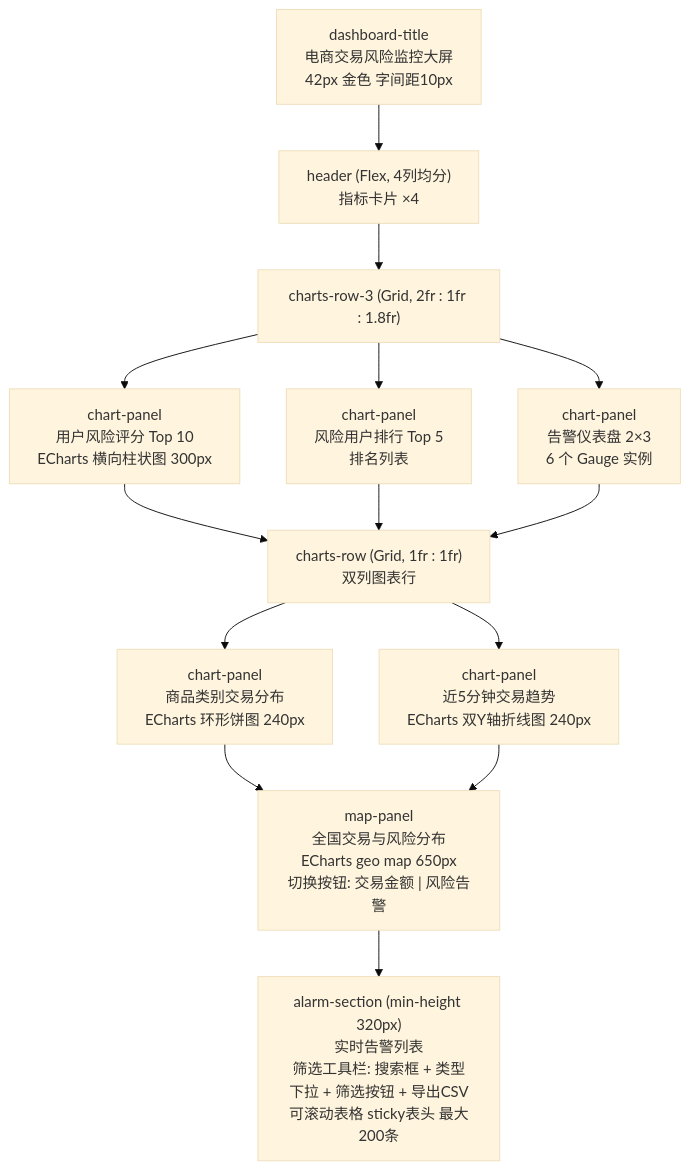
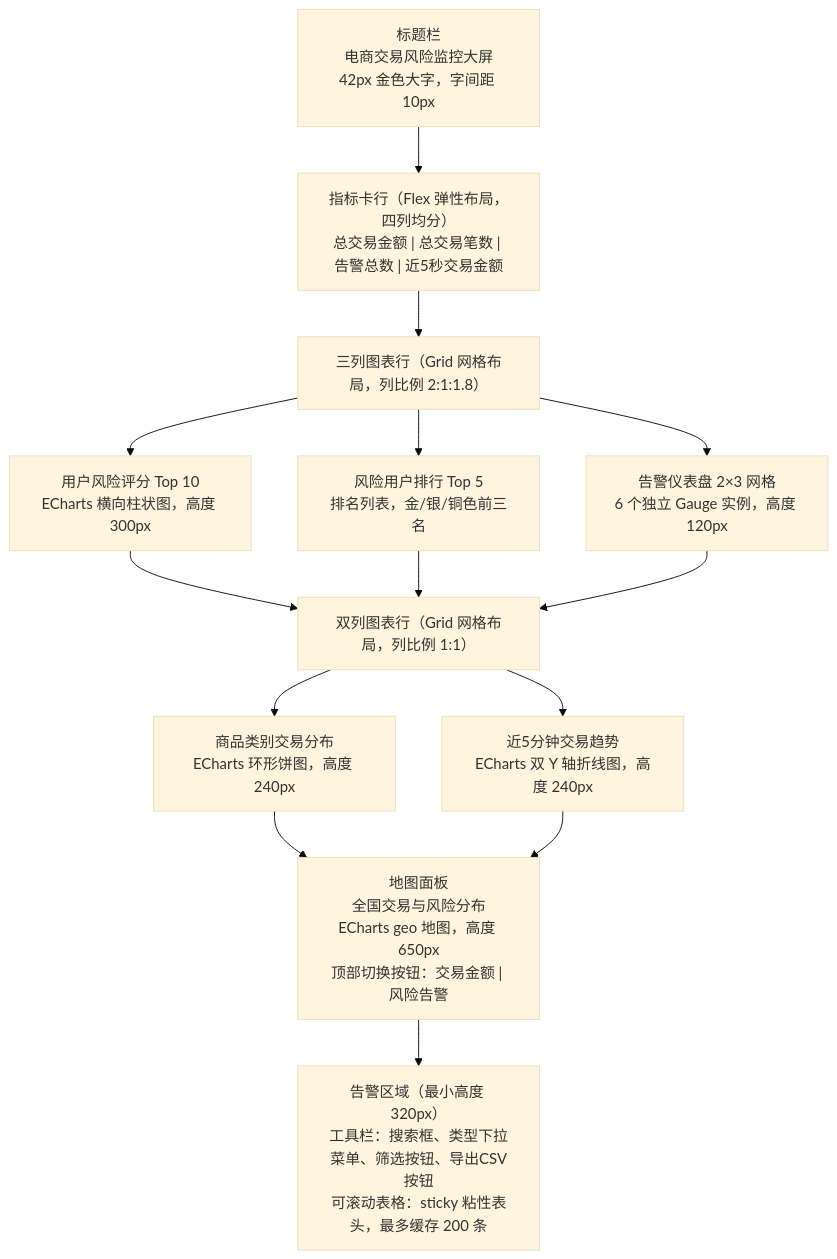
The fourth of 4 diagrams in 技术文档.md (Z-1220/pyflink-fraud-detection-lab), drawn with Mermaid (base theme) before and after one commit. The commit also changed other lines of this file, not shown here.

First line of the commit message:
文档规范化：禁止代码块、禁止不规范箭头、图表补充说明文字

````diff
--- a/技术文档.md
+++ b/技术文档.md
@@ -733,21 +608,21 @@
 ```mermaid
 graph TD
-    A["dashboard-title<br/>电商交易风险监控大屏<br/>42px 金色 字间距10px"] --> B
-    B["header (Flex, 4列均分)<br/>指标卡片 ×4"]
+    A["标题栏<br/>电商交易风险监控大屏<br/>42px 金色大字，字间距 10px"] --> B
+    B["指标卡行（Flex 弹性布局，四列均分）<br/>总交易金额 | 总交易笔数 | 告警总数 | 近5秒交易金额"]
     B --> C
-    C["charts-row-3 (Grid, 2fr : 1fr : 1.8fr)"]
-    C --> C1["chart-panel<br/>用户风险评分 Top 10<br/>ECharts 横向柱状图 300px"]
-    C --> C2["chart-panel<br/>风险用户排行 Top 5<br/>排名列表"]
-    C --> C3["chart-panel<br/>告警仪表盘 2×3<br/>6 个 Gauge 实例"]
+    C["三列图表行（Grid 网格布局，列比例 2:1:1.8）"]
+    C --> C1["用户风险评分 Top 10<br/>ECharts 横向柱状图，高度 300px"]
+    C --> C2["风险用户排行 Top 5<br/>排名列表，金/银/铜色前三名"]
+    C --> C3["告警仪表盘 2×3 网格<br/>6 个独立 Gauge 实例，高度 120px"]
     C1 --> D
     C2 --> D
     C3 --> D
-    D["charts-row (Grid, 1fr : 1fr)<br/>双列图表行"]
-    D --> D1["chart-panel<br/>商品类别交易分布<br/>ECharts 环形饼图 240px"]
-    D --> D2["chart-panel<br/>近5分钟交易趋势<br/>ECharts 双Y轴折线图 240px"]
+    D["双列图表行（Grid 网格布局，列比例 1:1）"]
+    D --> D1["商品类别交易分布<br/>ECharts 环形饼图，高度 240px"]
+    D --> D2["近5分钟交易趋势<br/>ECharts 双 Y 轴折线图，高度 240px"]
     D1 --> E
     D2 --> E
-    E["map-panel<br/>全国交易与风险分布<br/>ECharts geo map 650px<br/>切换按钮: 交易金额 | 风险告警"]
+    E["地图面板<br/>全国交易与风险分布<br/>ECharts geo 地图，高度 650px<br/>顶部切换按钮：交易金额 | 风险告警"]
     E --> F
-    F["alarm-section (min-height 320px)<br/>实时告警列表<br/>筛选工具栏: 搜索框 + 类型下拉 + 筛选按钮 + 导出CSV<br/>可滚动表格 sticky表头 最大200条"]
+    F["告警区域（最小高度 320px）<br/>工具栏：搜索框、类型下拉菜单、筛选按钮、导出CSV按钮<br/>可滚动表格：sticky 粘性表头，最多缓存 200 条"]
 ```
````
